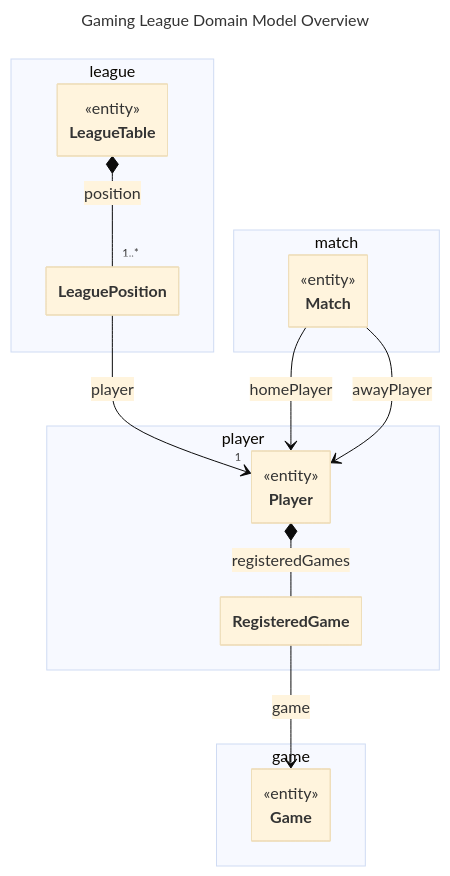
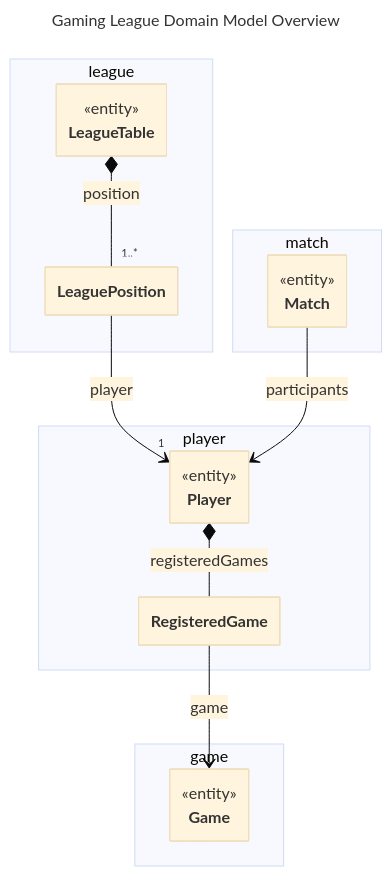
One commit to AdrianMiley/War-Games-League changed the diagram in design/data/overview.md. Above: the diagram before and after it, drawn with Mermaid (base theme). The commit also changed 2 other files, not shown here.

Commit message:
Refining domain model

````diff
--- a/design/data/overview.md
+++ b/design/data/overview.md
@@ -1,43 +1,42 @@
 ```mermaid
 ---
   title: Gaming League Domain Model Overview
   config:
     class:
       hideEmptyMembersBox: true
 ---
 classDiagram
     namespace  game {
         class Game {
             <<entity>>
         }
     }
 
     namespace player {
         class Player {
             <<entity>>
         }
         class RegisteredGame {
         }
     }
 
     namespace match {
         class Match {
             <<entity>>
         }
     }
         
     namespace league {
         class LeagueTable {
             <<entity>>
         }
 
         class LeaguePosition {
         }
     }
     LeagueTable *-- "1..*" LeaguePosition : position
     LeaguePosition --> "1" Player : player
-    Match --> Player : homePlayer
-    Match --> Player : awayPlayer
+    Match --> Player : participants
     Player *-- RegisteredGame : registeredGames
     RegisteredGame --> Game : game
 ```
````
